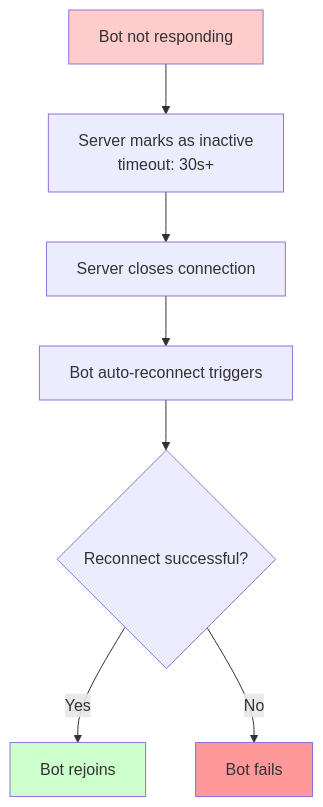
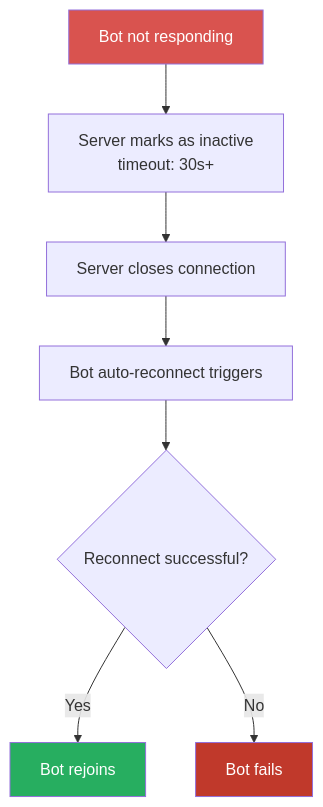
The sixth of 7 diagrams in docs-internal/architecture/models/flows/bot-connection.md (robocode-dev/tank-royale), drawn with Mermaid before and after one commit. The commit also changed other lines of this file and 5 other files, not shown here.

First line of the commit message:
docs(internal): update sequence diagrams for v0.40.x and issue #202 fixes

````diff
--- a/docs-internal/architecture/models/flows/bot-connection.md
+++ b/docs-internal/architecture/models/flows/bot-connection.md
@@ -311,13 +313,13 @@
 ```mermaid
 flowchart TD
     A[Bot not responding] --> B[Server marks as inactive<br/>timeout: 30s+]
     B --> C[Server closes connection]
     C --> D[Bot auto-reconnect triggers]
     D --> E{Reconnect successful?}
     E -->|Yes| F[Bot rejoins]
     E -->|No| G[Bot fails]
     
-    style A fill:#FFCCCC
-    style F fill:#CCFFCC
-    style G fill:#FF9999
+    style A fill:#D9534F,color:#fff
+    style F fill:#27AE60,color:#fff
+    style G fill:#C0392B,color:#fff
 ```
````
